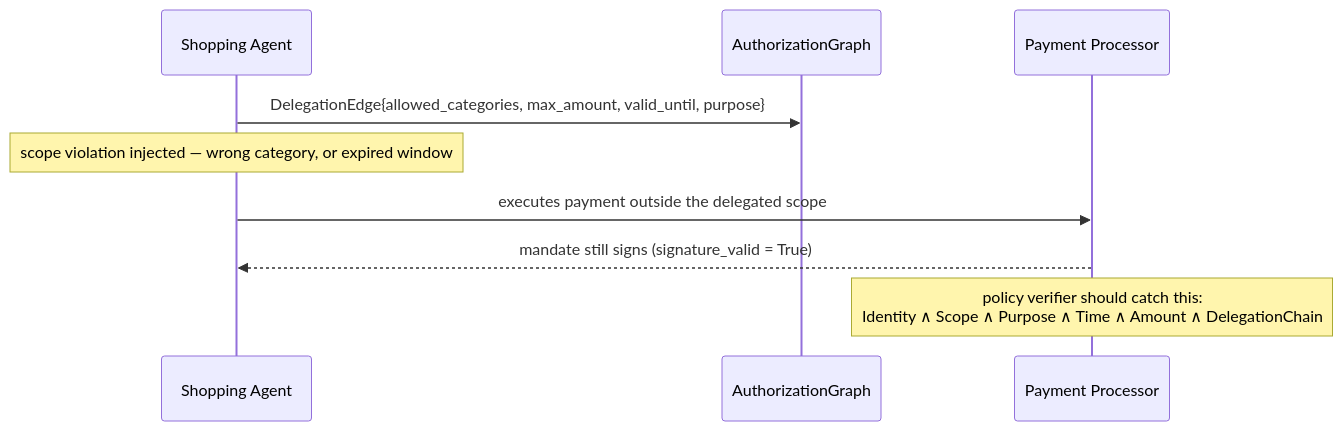
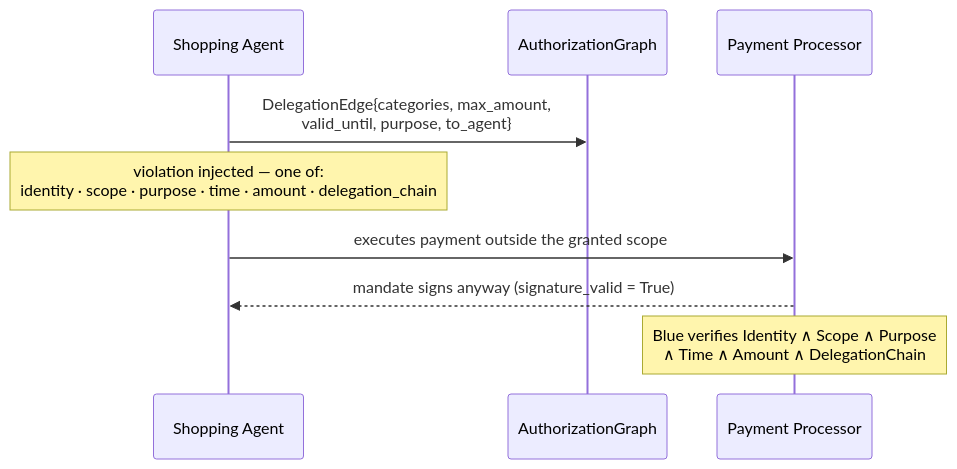
One commit to VedantK750/mastercard-kagglecomp changed the fifth of 7 diagrams in README.md. Above: the diagram before and after it, drawn with Mermaid. The commit also changed other lines of this file, not shown here.

````diff
--- a/README.md
+++ b/README.md
@@ -124,12 +226,12 @@
 ```mermaid
 sequenceDiagram
     participant Shopper as Shopping Agent
     participant Graph as AuthorizationGraph
     participant Processor as Payment Processor
 
-    Shopper->>Graph: DelegationEdge{allowed_categories, max_amount, valid_until, purpose}
-    Note over Shopper: scope violation injected — wrong category, or expired window
-    Shopper->>Processor: executes payment outside the delegated scope
-    Processor-->>Shopper: mandate still signs (signature_valid = True)
-    Note over Processor: policy verifier should catch this:<br/>Identity ∧ Scope ∧ Purpose ∧ Time ∧ Amount ∧ DelegationChain
+    Shopper->>Graph: DelegationEdge{categories, max_amount,<br/>valid_until, purpose, to_agent}
+    Note over Shopper: violation injected — one of:<br/>identity · scope · purpose · time · amount · delegation_chain
+    Shopper->>Processor: executes payment outside the granted scope
+    Processor-->>Shopper: mandate signs anyway (signature_valid = True)
+    Note over Processor: Blue verifies Identity ∧ Scope ∧ Purpose<br/>∧ Time ∧ Amount ∧ DelegationChain
 ```
````
